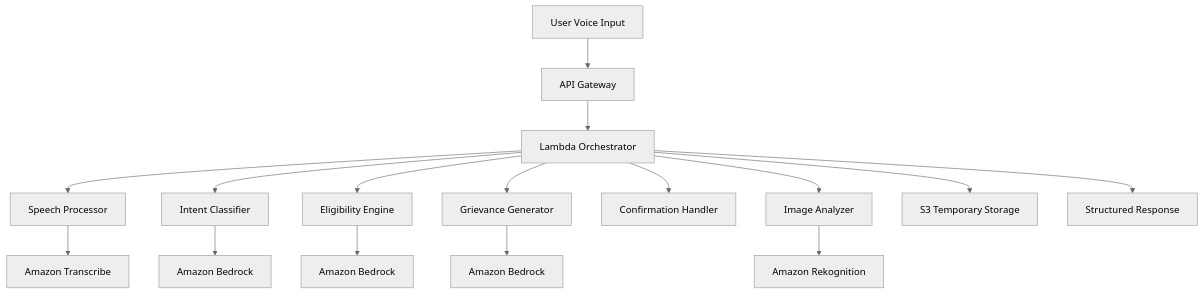
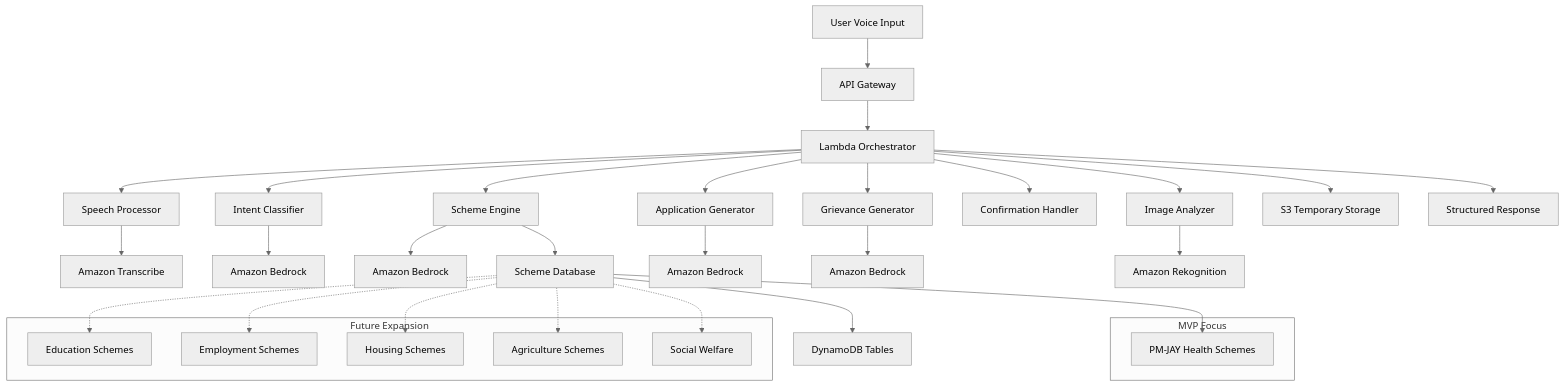
Before and after one commit to arsh342/AIforBharat: the diagram in .kiro/specs/voice-civic-assistant/design.md, drawn with Mermaid (neutral theme). The commit also changed other lines of this file and 1 other file, not shown here.

````diff
--- a/.kiro/specs/voice-civic-assistant/design.md
+++ b/.kiro/specs/voice-civic-assistant/design.md
@@ -21,22 +33,45 @@
 ```mermaid
 graph TB
     User[User Voice Input] --> Gateway[API Gateway]
     Gateway --> Orchestrator[Lambda Orchestrator]
 
     Orchestrator --> Speech[Speech Processor]
     Orchestrator --> Intent[Intent Classifier]
-    Orchestrator --> Eligibility[Eligibility Engine]
+    Orchestrator --> SchemeEngine[Scheme Engine]
+    Orchestrator --> AppGen[Application Generator]
     Orchestrator --> Grievance[Grievance Generator]
     Orchestrator --> Confirmation[Confirmation Handler]
 
     Speech --> Transcribe[Amazon Transcribe]
     Intent --> Bedrock1[Amazon Bedrock]
-    Eligibility --> Bedrock2[Amazon Bedrock]
-    Grievance --> Bedrock3[Amazon Bedrock]
+    SchemeEngine --> Bedrock2[Amazon Bedrock]
+    SchemeEngine --> SchemeDB[Scheme Database]
+    AppGen --> Bedrock3[Amazon Bedrock]
+    Grievance --> Bedrock4[Amazon Bedrock]
 
     Orchestrator --> ImageAnalyzer[Image Analyzer]
     ImageAnalyzer --> Rekognition[Amazon Rekognition]
 
+    SchemeDB --> DynamoDB[DynamoDB Tables]
     Orchestrator --> Storage[S3 Temporary Storage]
     Orchestrator --> Response[Structured Response]
+
+    subgraph "MVP Focus"
+        PMJAY[PM-JAY Health Schemes]
+    end
+
+    subgraph "Future Expansion"
+        Education[Education Schemes]
+        Employment[Employment Schemes]
+        Housing[Housing Schemes]
+        Agriculture[Agriculture Schemes]
+        Welfare[Social Welfare]
+    end
+
+    SchemeDB --> PMJAY
+    SchemeDB -.-> Education
+    SchemeDB -.-> Employment
+    SchemeDB -.-> Housing
+    SchemeDB -.-> Agriculture
+    SchemeDB -.-> Welfare
 ```
````
